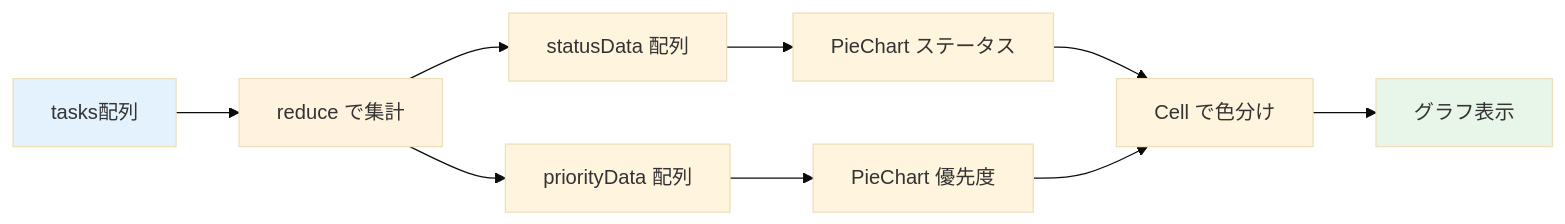
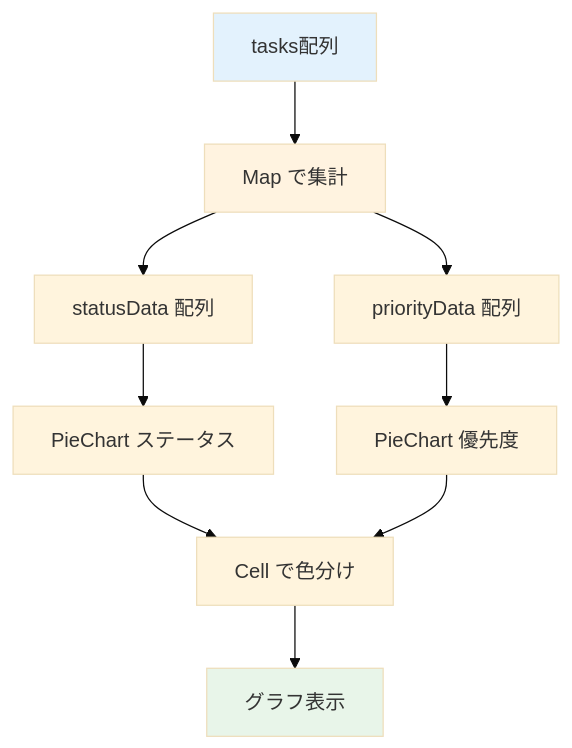
One commit to kouiso/task-app changed the diagram in material/30days-curriculum/day22_グラフを表示.md. Above: the diagram before and after it, drawn with Mermaid (base theme). The commit also changed other lines of this file and 65 other files, not shown here.

````diff
--- a/material/30days-curriculum/day22_グラフを表示.md
+++ b/material/30days-curriculum/day22_グラフを表示.md
@@ -29,15 +29,15 @@
 ```mermaid
-graph LR
-    A[tasks配列] --> B[reduce で集計]
+flowchart TD
+    A[tasks配列] --> B[Map で集計]
     B --> C[statusData 配列]
     B --> D[priorityData 配列]
     C --> E[PieChart ステータス]
     D --> F[PieChart 優先度]
     E --> G[Cell で色分け]
     F --> G
     G --> H[グラフ表示]
 
     style A fill:#e3f2fd
     style B fill:#fff3e0
     style H fill:#e8f5e9
 ```
````
